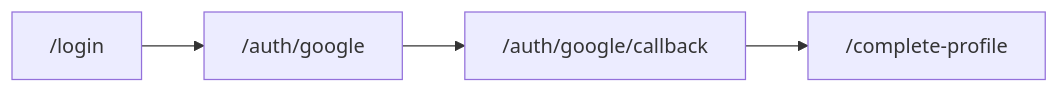
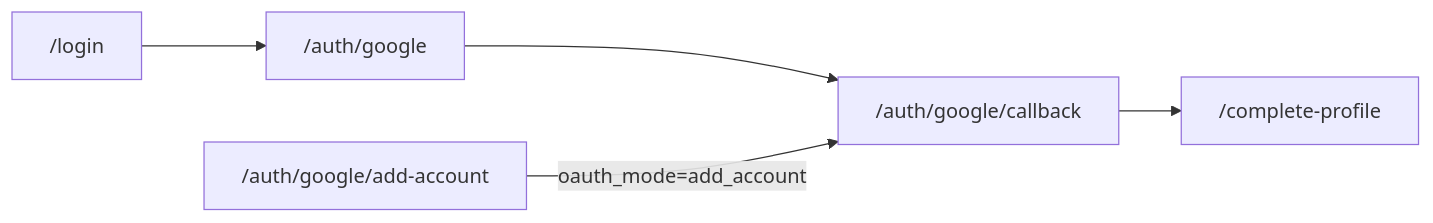
The second of 2 diagrams in AGENTS.md (maxh5/group-schedule), drawn with Mermaid before and after one commit. The commit also changed other lines of this file and 8 other files, not shown here.

````diff
--- a/AGENTS.md
+++ b/AGENTS.md
@@ -156,10 +188,12 @@
 ```mermaid
 flowchart LR
   login["/login"]
   oauthStart["/auth/google"]
   oauthCb["/auth/google/callback"]
   onboard["/complete-profile"]
+  addAccount["/auth/google/add-account"]
   login --> oauthStart
   oauthStart --> oauthCb
   oauthCb --> onboard
+  addAccount -->|"oauth_mode=add_account"| oauthCb
 ```
````
